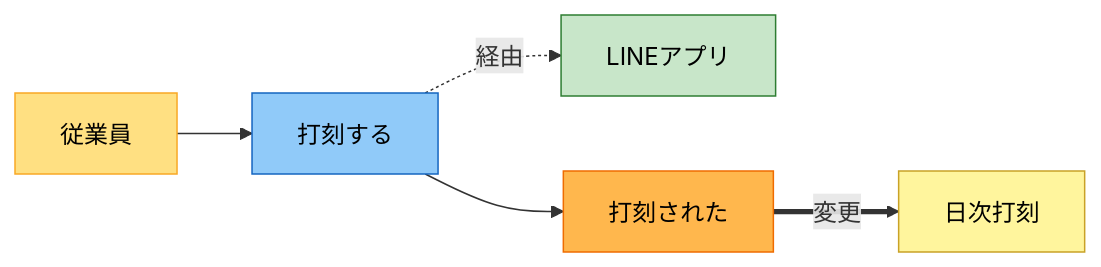
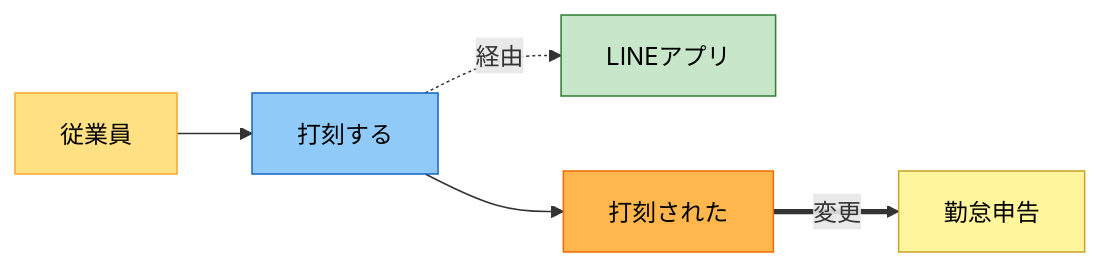
Before and after one commit to junichi1225-lang/Payroll-Admin: the second of 16 diagrams in rdra/analysis.md, drawn with Mermaid. The commit also changed other lines of this file and 1 other file, not shown here.

````diff
--- a/rdra/analysis.md
+++ b/rdra/analysis.md
@@ -158,19 +158,19 @@
 ```mermaid
 flowchart LR
   emp["従業員"]:::actor
   line["LINEアプリ"]:::external
   cmd["打刻する"]:::command
   evt["打刻された"]:::event
-  tc["日次打刻"]:::entity
+  tc["勤怠申告"]:::entity
 
   emp --> cmd
   cmd -.経由.-> line
   cmd --> evt
   evt ==変更==> tc
 
   classDef actor fill:#FFE082,stroke:#F9A825,color:#000
   classDef command fill:#90CAF9,stroke:#1565C0,color:#000
   classDef event fill:#FFB74D,stroke:#EF6C00,color:#000
   classDef entity fill:#FFF59D,stroke:#C9A227,color:#000
   classDef external fill:#C8E6C9,stroke:#2E7D32,color:#000
 ```
````
